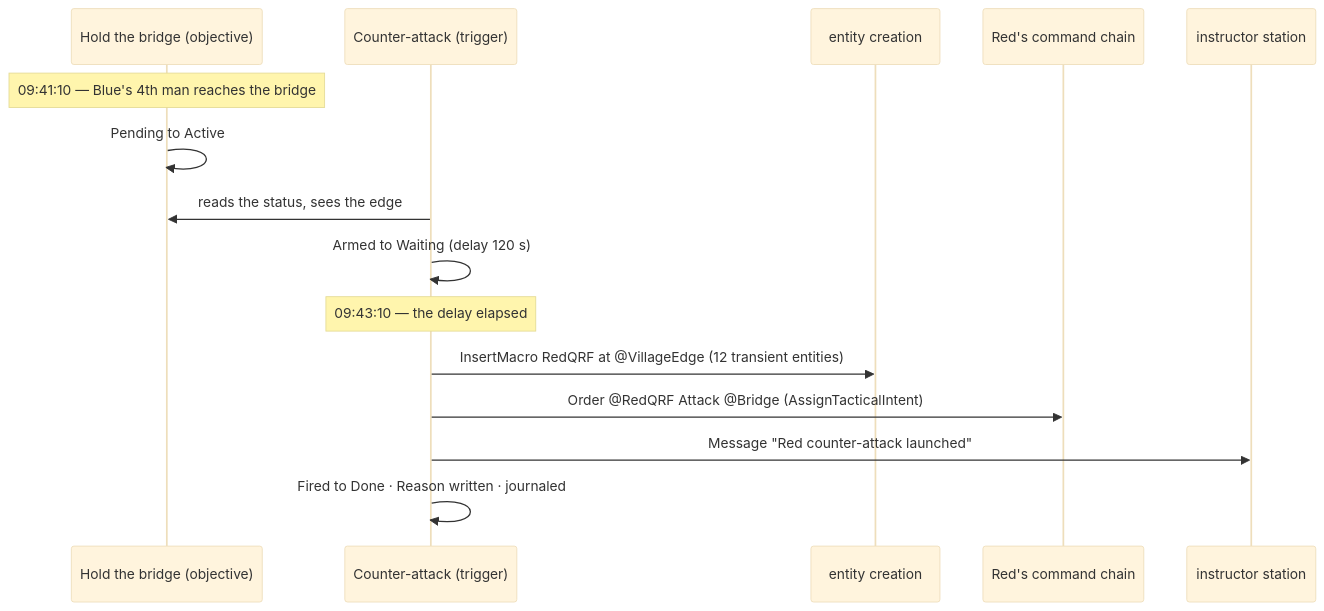
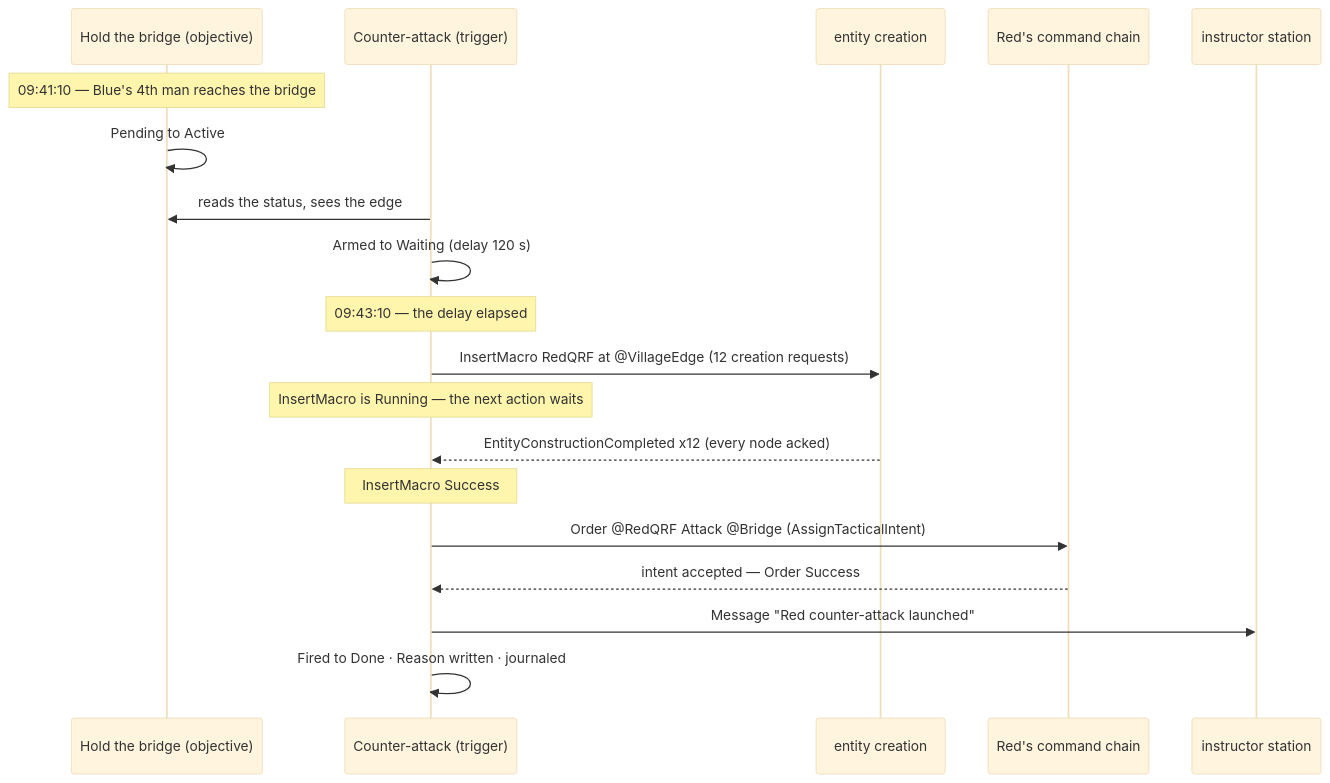
One commit to pjanec/HROT changed the seventh of 10 diagrams in docs/EXPLAINER_Scenario_Evaluation_And_Direction.md. Above: the diagram before and after it, drawn with Mermaid (base theme). The commit also changed other lines of this file and 1 other file, not shown here.

First line of the commit message:
docs: SR-93 one action vocabulary — trigger verbs are target-explicit stateful shared actions that wait for completion; explainer §2.3/§2.5

````diff
--- a/docs/EXPLAINER_Scenario_Evaluation_And_Direction.md
+++ b/docs/EXPLAINER_Scenario_Evaluation_And_Direction.md
@@ -190,17 +193,21 @@
 ```mermaid
 sequenceDiagram
     participant HB as Hold the bridge (objective)
     participant CA as Counter-attack (trigger)
     participant EC as entity creation
     participant RC as Red's command chain
     participant IOS as instructor station
     Note over HB: 09:41:10 — Blue's 4th man reaches the bridge
     HB->>HB: Pending to Active
     CA->>HB: reads the status, sees the edge
     CA->>CA: Armed to Waiting (delay 120 s)
     Note over CA: 09:43:10 — the delay elapsed
-    CA->>EC: InsertMacro RedQRF at @VillageEdge (12 transient entities)
+    CA->>EC: InsertMacro RedQRF at @VillageEdge (12 creation requests)
+    Note over CA: InsertMacro is Running — the next action waits
+    EC-->>CA: EntityConstructionCompleted x12 (every node acked)
+    Note over CA: InsertMacro Success
     CA->>RC: Order @RedQRF Attack @Bridge (AssignTacticalIntent)
+    RC-->>CA: intent accepted — Order Success
     CA->>IOS: Message "Red counter-attack launched"
     CA->>CA: Fired to Done · Reason written · journaled
 ```
````
